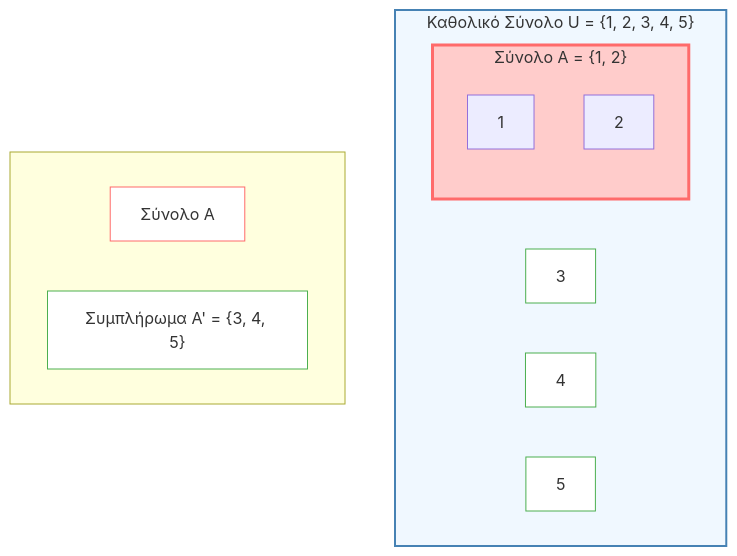
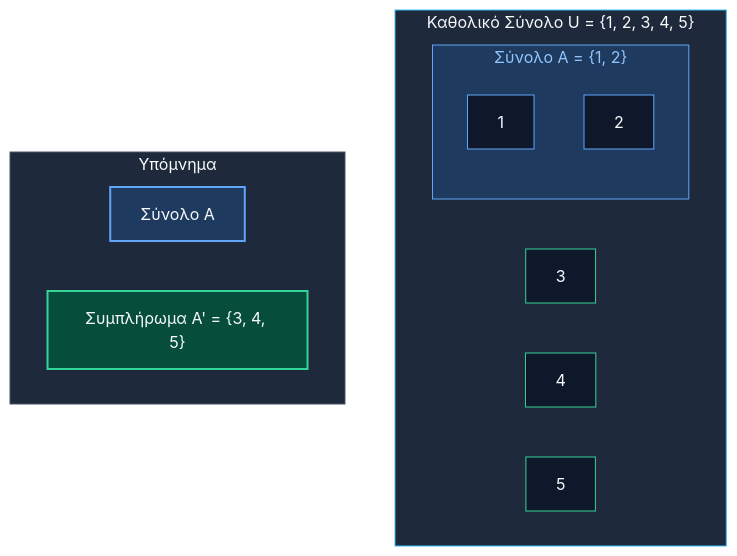
Before and after one commit to PanagopoulosNikolaos/DitOpenNotes: the first of 6 diagrams in Year_1/Semester_2/DISCRETE_MATHEMATICS/Resources/Notes/02_set_operations_and_venn.md, drawn with Mermaid. The commit also changed other lines of this file, not shown here.

Commit message:
docs: update notes on set operations and Venn diagrams

````diff
--- a/Year_1/Semester_2/DISCRETE_MATHEMATICS/Resources/Notes/02_set_operations_and_venn.md
+++ b/Year_1/Semester_2/DISCRETE_MATHEMATICS/Resources/Notes/02_set_operations_and_venn.md
@@ -16,27 +16,30 @@
 ```mermaid
 graph TD
-    subgraph U [" Καθολικό Σύνολο U = {1, 2, 3, 4, 5}"]
+    subgraph U ["Καθολικό Σύνολο U = {1, 2, 3, 4, 5}"]
         subgraph A ["Σύνολο A = {1, 2}"]
-            style A fill:#ffcccb,stroke:#ff6b6b,stroke-width:3px
             a1[1]
             a2[2]
         end
         
         c3[3]
         c4[4] 
         c5[5]
     end
     
-    subgraph Legend [" "]
-        L1[" Σύνολο A"]
-        L2[" Συμπλήρωμα A' = {3, 4, 5}"]
+    subgraph Legend ["Υπόμνημα"]
+        L1["Σύνολο A"]
+        L2["Συμπλήρωμα A' = {3, 4, 5}"]
     end
     
-    style U fill:#f0f8ff,stroke:#4682b4,stroke-width:2px
-    style c3 fill:#ffffff,stroke:#4caf50
-    style c4 fill:#ffffff,stroke:#4caf50  
-    style c5 fill:#ffffff,stroke:#4caf50
-    style L1 fill:#ffffff,stroke:#ff6b6b
-    style L2 fill:#ffffff,stroke:#4caf50
+    style U fill:#1e293b,stroke:#38bdf8,stroke-width:1px,color:#f8fafc
+    style A fill:#1e3a5f,stroke:#60a5fa,stroke-width:1px,color:#93c5fd
+    style a1 fill:#0f172a,stroke:#60a5fa,color:#f8fafc
+    style a2 fill:#0f172a,stroke:#60a5fa,color:#f8fafc
+    style c3 fill:#0f172a,stroke:#34d399,color:#f8fafc
+    style c4 fill:#0f172a,stroke:#34d399,color:#f8fafc  
+    style c5 fill:#0f172a,stroke:#34d399,color:#f8fafc
+    style Legend fill:#1e293b,stroke:#475569,stroke-width:1px,color:#f8fafc
+    style L1 fill:#1e3a5f,stroke:#60a5fa,stroke-width:2px,color:#f8fafc
+    style L2 fill:#064e3b,stroke:#34d399,stroke-width:2px,color:#f8fafc
 
 ```
````
